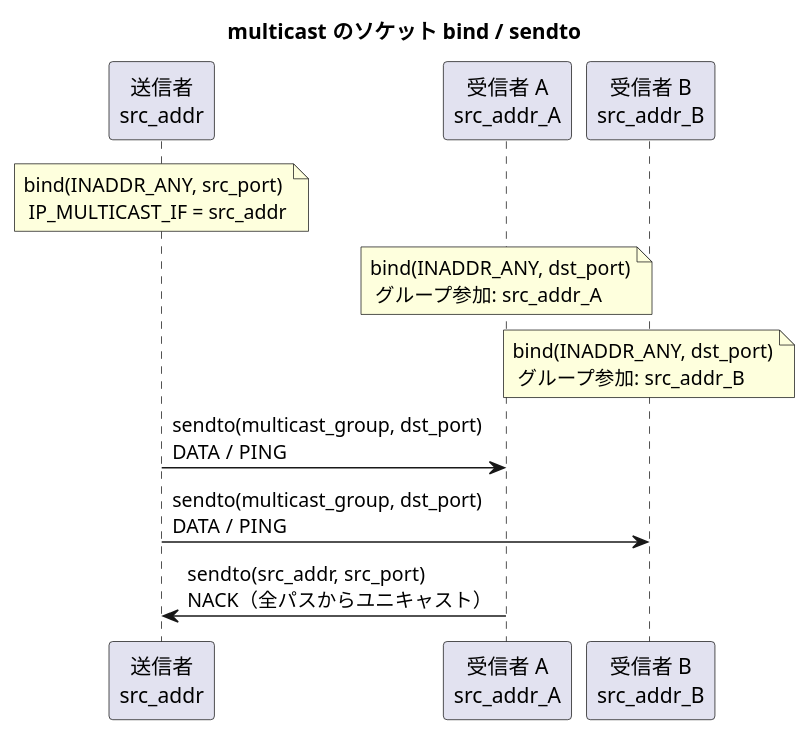
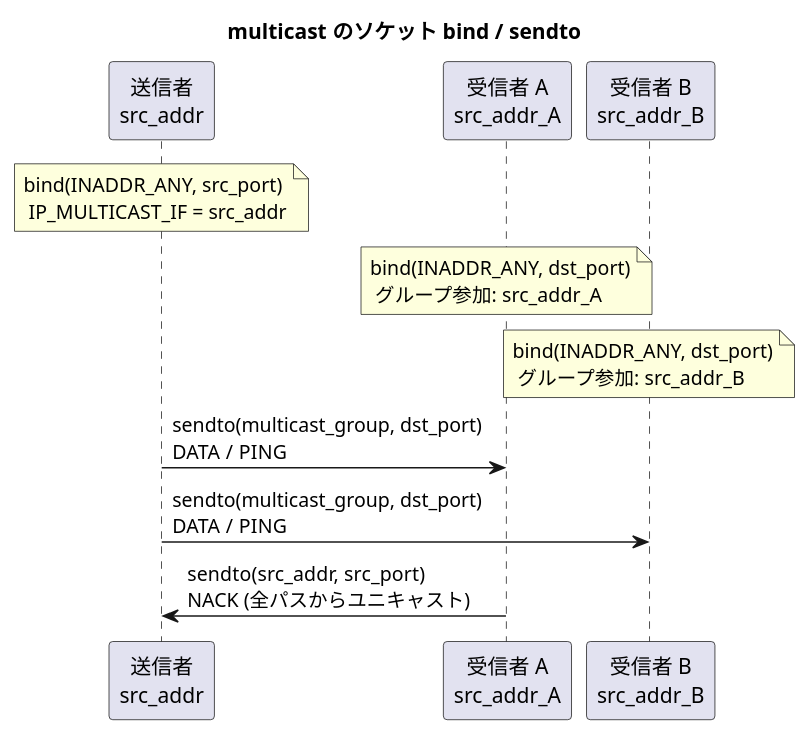
One commit to Hondarer/c-modernization-kit changed the second of 2 diagrams in prod/porter/docs/config.md. Above: the diagram before and after it, drawn with PlantUML. The commit also changed other lines of this file and 5 other files, not shown here.

````diff
--- a/prod/porter/docs/config.md
+++ b/prod/porter/docs/config.md
@@ -146,17 +136,17 @@
 ```plantuml
 @startuml
 title multicast のソケット bind / sendto
 
 participant "送信者\nsrc_addr" as S
 participant "受信者 A\nsrc_addr_A" as RA
 participant "受信者 B\nsrc_addr_B" as RB
 
 note over S: bind(INADDR_ANY, src_port)\n IP_MULTICAST_IF = src_addr
 note over RA: bind(INADDR_ANY, dst_port)\n グループ参加: src_addr_A
 note over RB: bind(INADDR_ANY, dst_port)\n グループ参加: src_addr_B
 
 S -> RA: sendto(multicast_group, dst_port)\nDATA / PING
 S -> RB: sendto(multicast_group, dst_port)\nDATA / PING
-RA -> S: sendto(src_addr, src_port)\nNACK（全パスからユニキャスト）
+RA -> S: sendto(src_addr, src_port)\nNACK (全パスからユニキャスト)
 @enduml
 ```
````
